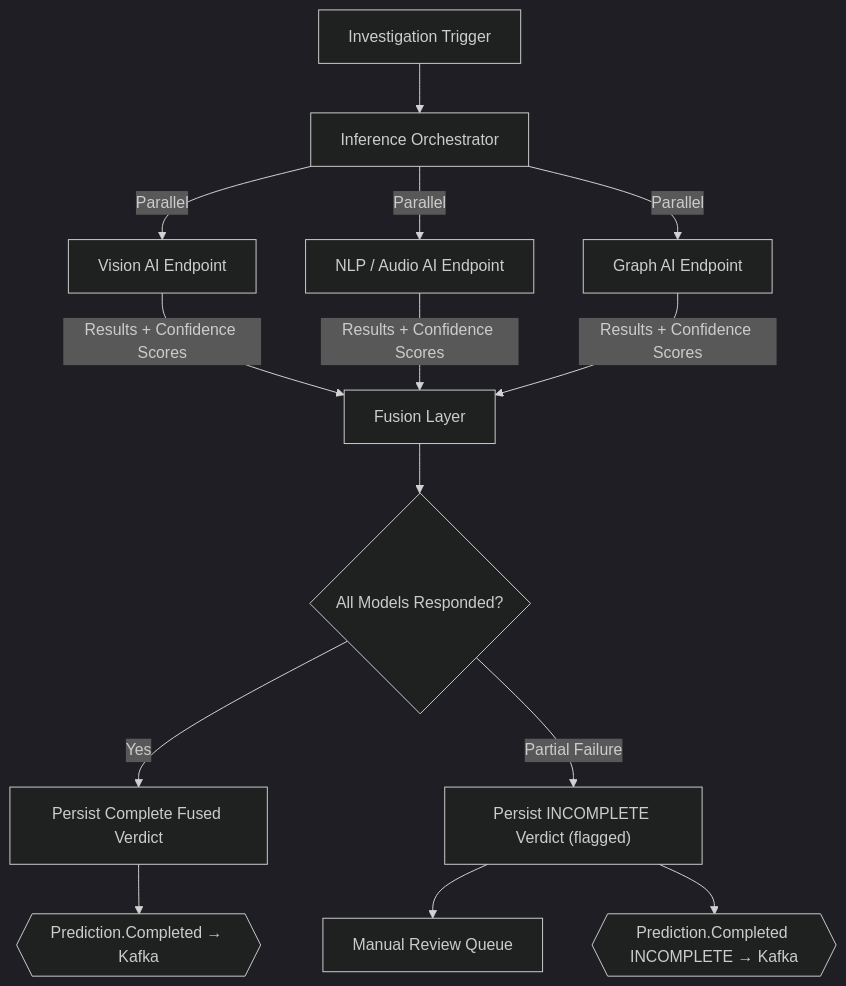
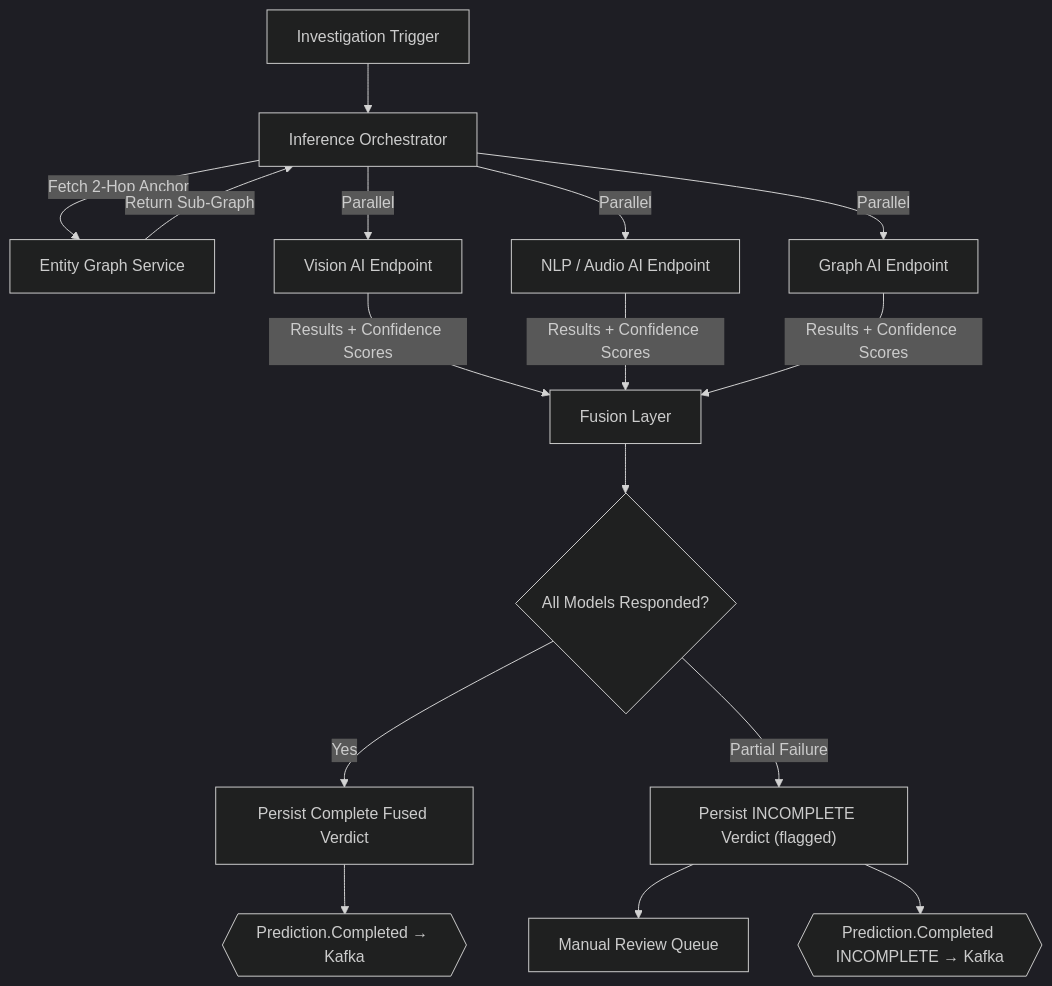
Diagram 12 of 18 in HLD.md (DigantaSen/Cyber-Fraud-Detection-Service), drawn with Mermaid (dark theme) before and after one commit. The commit also changed other lines of this file and 484 other files, not shown here.

````diff
--- a/HLD.md
+++ b/HLD.md
@@ -351,14 +403,16 @@
 ```mermaid
 flowchart TD
     Trigger[Investigation Trigger] --> Orch[Inference Orchestrator]
+    Orch -->|Fetch 2-Hop Anchor| Graph[Entity Graph Service]
+    Graph -->|Return Sub-Graph| Orch
     Orch -->|Parallel| Vision[Vision AI Endpoint]
     Orch -->|Parallel| NLP_Audio[NLP / Audio AI Endpoint]
     Orch -->|Parallel| Graph_AI[Graph AI Endpoint]
     Vision & NLP_Audio & Graph_AI -->|Results + Confidence Scores| Fusion[Fusion Layer]
     Fusion --> Complete{All Models Responded?}
     Complete -->|Yes| FusedRecord[Persist Complete Fused Verdict]
     Complete -->|Partial Failure| IncRecord["Persist INCOMPLETE Verdict (flagged)"]
     FusedRecord --> KafkaComplete{{Prediction.Completed → Kafka}}
     IncRecord --> ManualQ[Manual Review Queue]
     IncRecord --> KafkaIncomplete{{Prediction.Completed INCOMPLETE → Kafka}}
 ```
````
